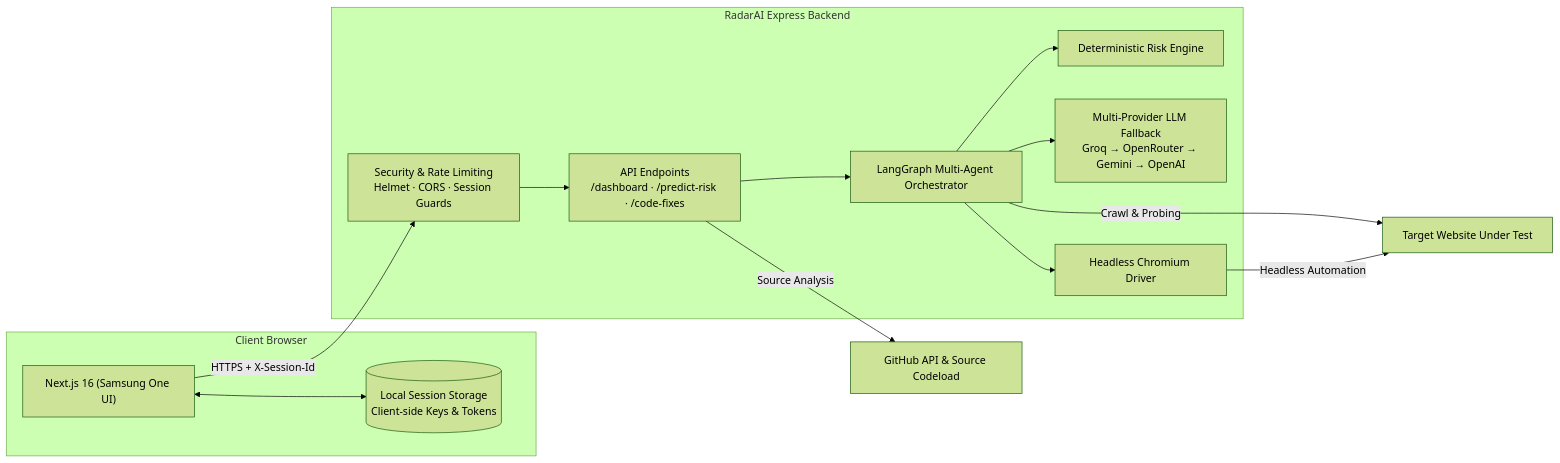
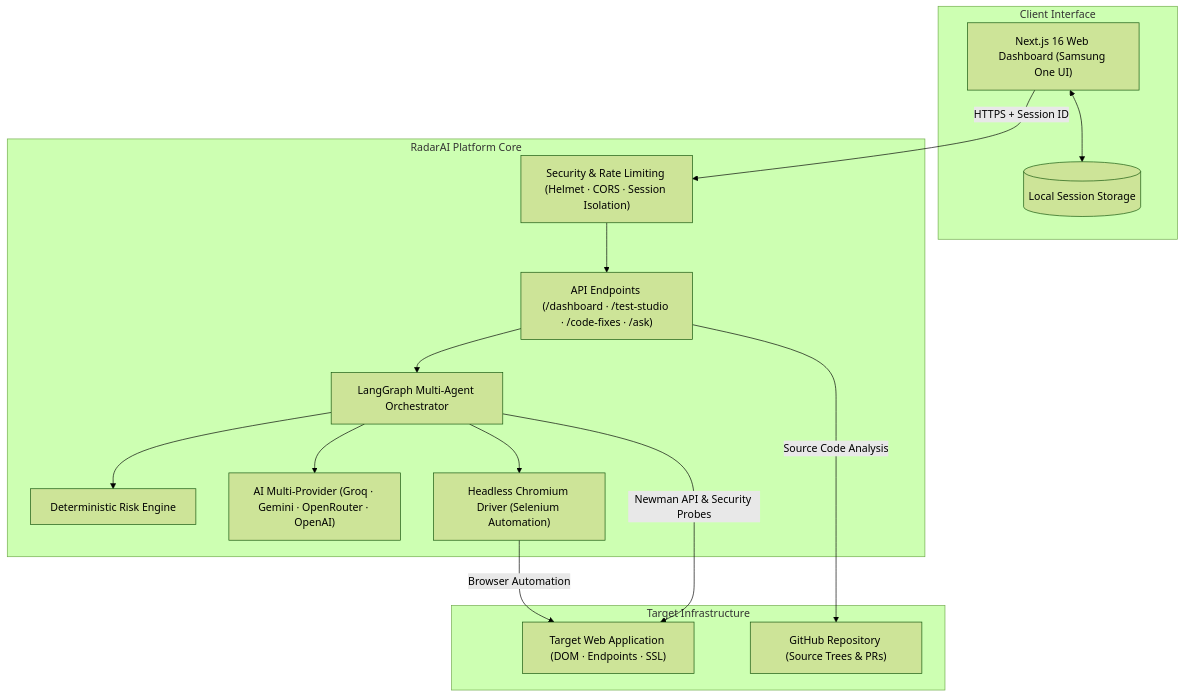
Before and after one commit to rahul-1909/Radar-AI: the first of 2 diagrams in README.md, drawn with Mermaid (forest theme).

Commit message:
docs: Fix Mermaid architecture diagram layout with balanced 3-tier structure

````diff
--- a/README.md
+++ b/README.md
@@ -32,30 +32,32 @@
 ```mermaid
-flowchart LR
-    subgraph Client["Client Browser"]
-        UI["Next.js 16 (Samsung One UI)"]
-        Store[("Local Session Storage<br/>Client-side Keys & Tokens")]
+flowchart TD
+    subgraph Client["Client Interface"]
+        UI["Next.js 16 Web Dashboard (Samsung One UI)"]
+        Store[("Local Session Storage")]
         UI <--> Store
     end
 
-    subgraph Platform["RadarAI Express Backend"]
-        MW["Security & Rate Limiting<br/>Helmet · CORS · Session Guards"]
-        Routes["API Endpoints<br/>/dashboard · /predict-risk · /code-fixes"]
+    subgraph Platform["RadarAI Platform Core"]
+        MW["Security & Rate Limiting (Helmet · CORS · Session Isolation)"]
+        API["API Endpoints (/dashboard · /test-studio · /code-fixes · /ask)"]
         Graph["LangGraph Multi-Agent Orchestrator"]
         Engine["Deterministic Risk Engine"]
-        LLM["Multi-Provider LLM Fallback<br/>Groq → OpenRouter → Gemini → OpenAI"]
-        BrowserEngine["Headless Chromium Driver"]
+        LLM["AI Multi-Provider (Groq · Gemini · OpenRouter · OpenAI)"]
+        Chromium["Headless Chromium Driver (Selenium Automation)"]
 
-        MW --> Routes --> Graph
+        MW --> API --> Graph
         Graph --> Engine
         Graph --> LLM
-        Graph --> BrowserEngine
+        Graph --> Chromium
     end
 
-    Target["Target Website Under Test"]
-    GitHub["GitHub API & Source Codeload"]
+    subgraph Targets["Target Infrastructure"]
+        Web["Target Web Application (DOM · Endpoints · SSL)"]
+        Repo["GitHub Repository (Source Trees & PRs)"]
+    end
 
-    UI -- "HTTPS + X-Session-Id" --> MW
-    Graph -- "Crawl & Probing" --> Target
-    BrowserEngine -- "Headless Automation" --> Target
-    Routes -- "Source Analysis" --> GitHub
+    UI -->|HTTPS + Session ID| MW
+    Chromium -->|Browser Automation| Web
+    Graph -->|Newman API & Security Probes| Web
+    API -->|Source Code Analysis| Repo
 ```
````
